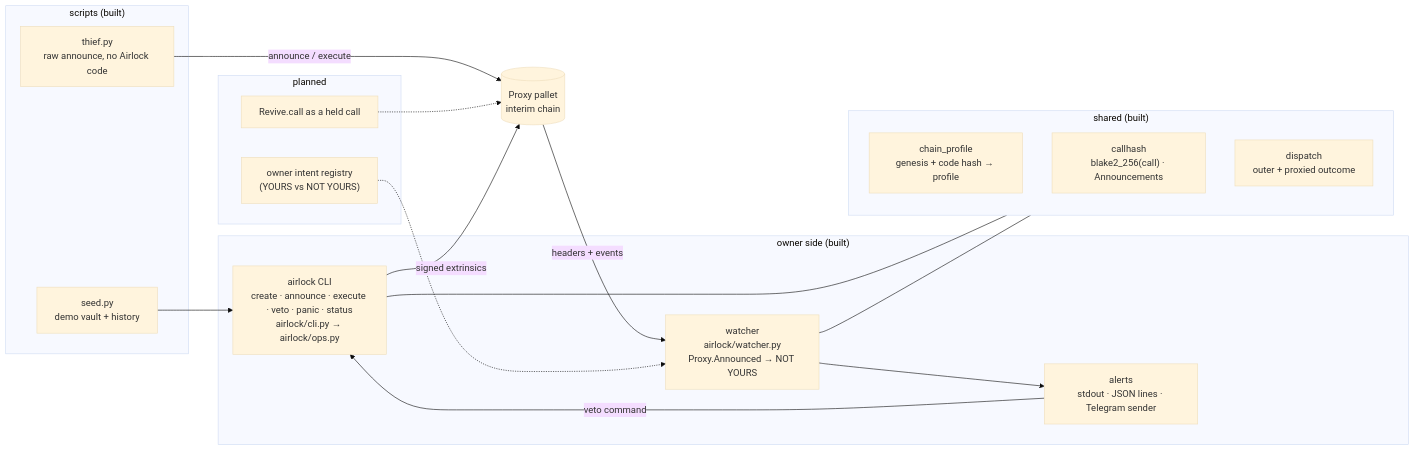
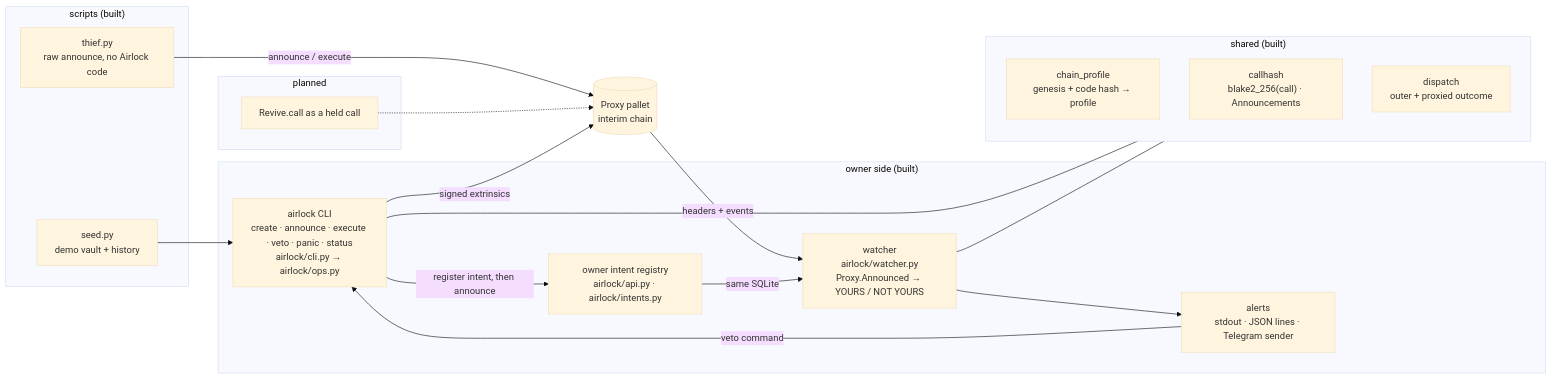
One commit to edycutjong/portaldot-hackathon-2026-airlock-edycu changed the diagram in README.md. Above: the diagram before and after it, drawn with Mermaid (base theme). The commit also changed other lines of this file and 1 other file, not shown here.

Commit message:
docs: REGISTRY.md names the two passing intent runs and the failed first one, defines I6, reorg rule, threaded registry, token only over https/loopback; README: 337 tests, registry in the architecture diagram (built), roadmap moves registry + bench + verify_onchain to completed

````diff
--- a/README.md
+++ b/README.md
@@ -54,32 +54,33 @@
 ```mermaid
 flowchart LR
   subgraph owner["owner side (built)"]
     CLI["airlock CLI<br/>create · announce · execute · veto · panic · status<br/>airlock/cli.py → airlock/ops.py"]
-    W["watcher<br/>airlock/watcher.py<br/>Proxy.Announced → NOT YOURS"]
+    W["watcher<br/>airlock/watcher.py<br/>Proxy.Announced → YOURS / NOT YOURS"]
+    REG["owner intent registry<br/>airlock/api.py · airlock/intents.py"]
     AL["alerts<br/>stdout · JSON lines · Telegram sender"]
   end
   subgraph core["shared (built)"]
     CP["chain_profile<br/>genesis + code hash → profile"]
     CH["callhash<br/>blake2_256(call) · Announcements"]
     DP["dispatch<br/>outer + proxied outcome"]
   end
   subgraph scripts["scripts (built)"]
     SEED["seed.py<br/>demo vault + history"]
     TH["thief.py<br/>raw announce, no Airlock code"]
   end
   subgraph planned["planned"]
-    REG["owner intent registry<br/>(YOURS vs NOT YOURS)"]
     REV["Revive.call as a held call"]
   end
   N[("Proxy pallet<br/>interim chain")]
   CLI -->|"signed extrinsics"| N
   SEED --> CLI
   TH -->|"announce / execute"| N
   N -->|"headers + events"| W
   W --> AL
   AL -->|"veto command"| CLI
   CLI --- core
   W --- core
-  REG -.-> W
+  CLI -->|"register intent, then announce"| REG
+  REG -->|"same SQLite"| W
   REV -.-> N
 ```
````
